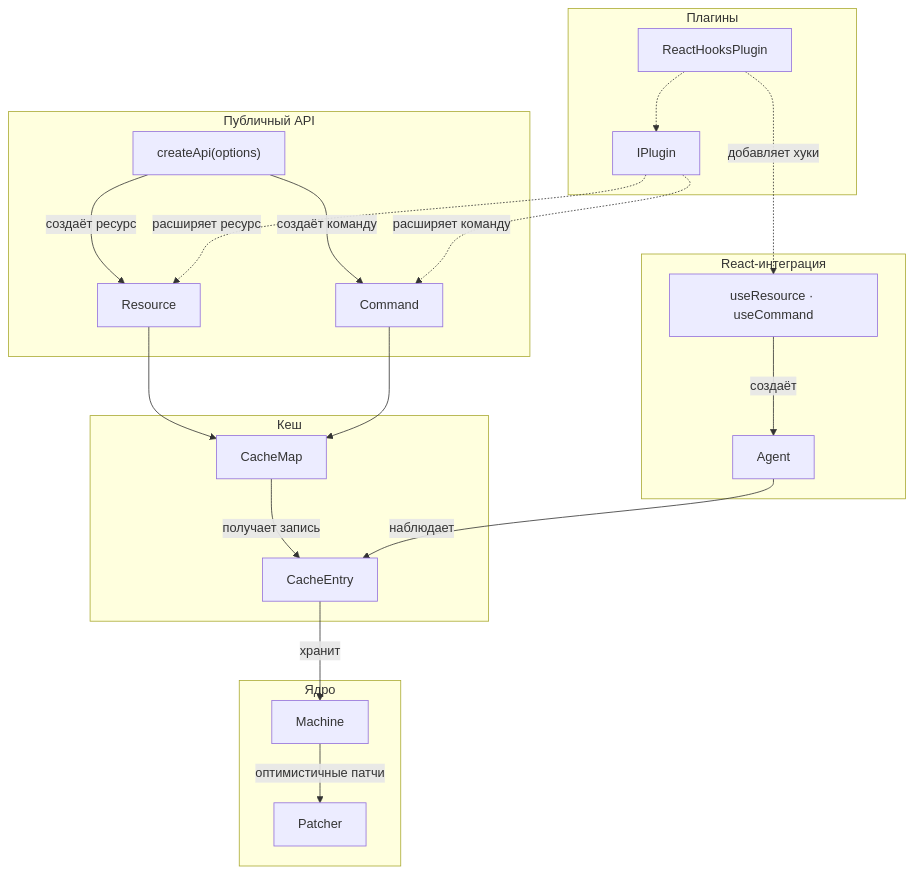
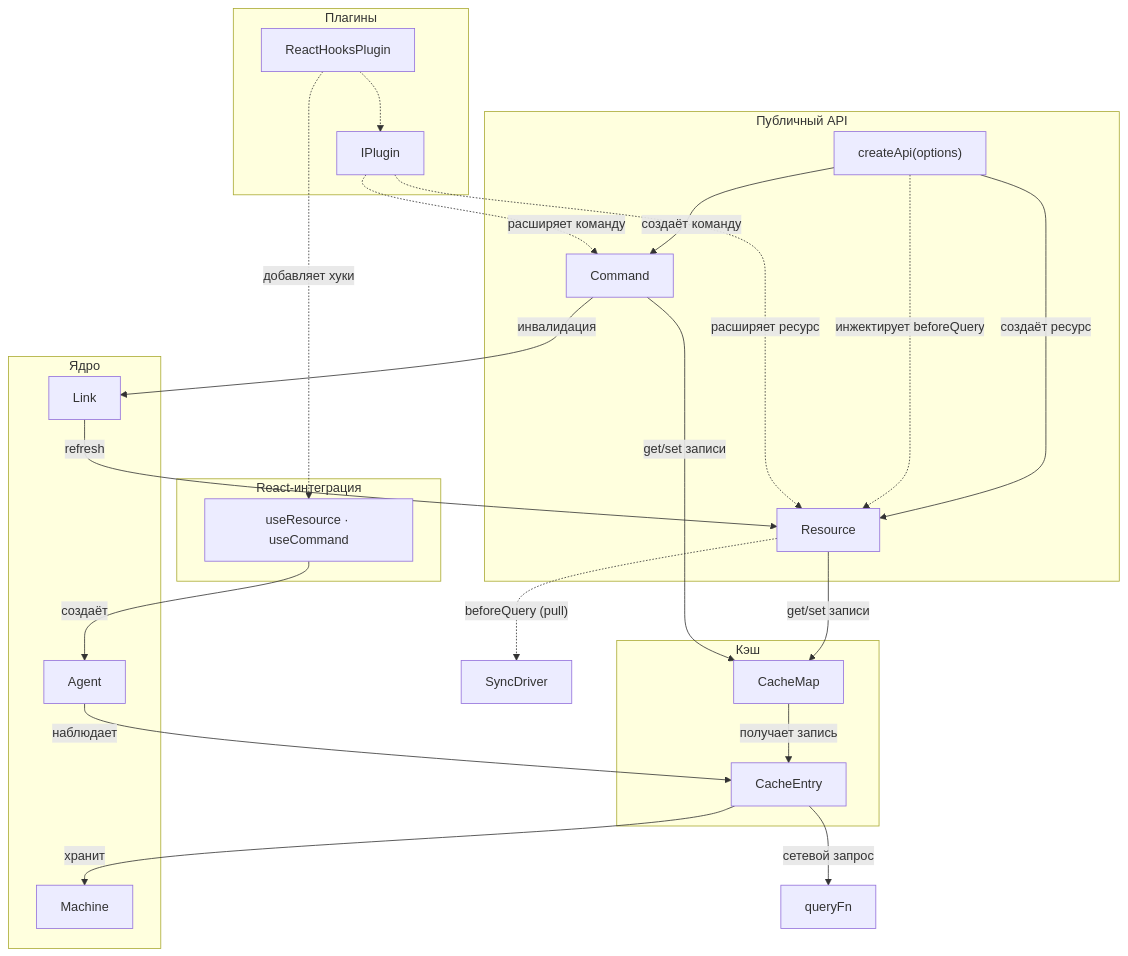
Before and after one commit to fozy-labs/rx-toolkit: the diagram in docs/query/concepts/architecture.md, drawn with Mermaid. The commit also changed other lines of this file and 194 other files, not shown here.

````diff
--- a/docs/query/concepts/architecture.md
+++ b/docs/query/concepts/architecture.md
@@ -9,45 +9,54 @@
 ```mermaid
 graph TD
     subgraph api ["Публичный API"]
         CREATE_API["createApi(options)"]
         RES["Resource"]
         CMD["Command"]
     end
 
-    subgraph cache ["Кеш"]
+    subgraph cache ["Кэш"]
         CMAP["CacheMap"]
         ENTRY["CacheEntry"]
     end
 
     subgraph core ["Ядро"]
         MACHINE["Machine"]
-        PATCHER["Patcher"]
+        AGENT["Agent"]
+        LINK["Link"]
     end
 
     subgraph plugins ["Плагины"]
         IPLUG["IPlugin"]
         REACT_PLG["ReactHooksPlugin"]
     end
 
     subgraph react ["React-интеграция"]
         HOOKS["useResource · useCommand"]
-        AGENT["Agent"]
     end
+
+    QUERYFN["queryFn"]
+    SYNC["SyncDriver"]
 
     CREATE_API -- "создаёт ресурс" --> RES
     CREATE_API -- "создаёт команду" --> CMD
+    CREATE_API -. "инжектирует beforeQuery" .-> RES
 
     REACT_PLG -.-> IPLUG
     IPLUG -. "расширяет ресурс" .-> RES
     IPLUG -. "расширяет команду" .-> CMD
     REACT_PLG -. "добавляет хуки" .-> HOOKS
 
-    RES --> CMAP
-    CMD --> CMAP
+    RES -- "get/set записи" --> CMAP
+    CMD -- "get/set записи" --> CMAP
     CMAP -- "получает запись" --> ENTRY
     ENTRY -- "хранит" --> MACHINE
-    MACHINE -- "оптимистичные патчи" --> PATCHER
+    ENTRY -- "сетевой запрос" --> QUERYFN
+
+    CMD -- "инвалидация" --> LINK
+    LINK -- "refresh" --> RES
+
+    RES -. "beforeQuery (pull)" .-> SYNC
 
     HOOKS -- "создаёт" --> AGENT
     AGENT -- "наблюдает" --> ENTRY
 ```
````
